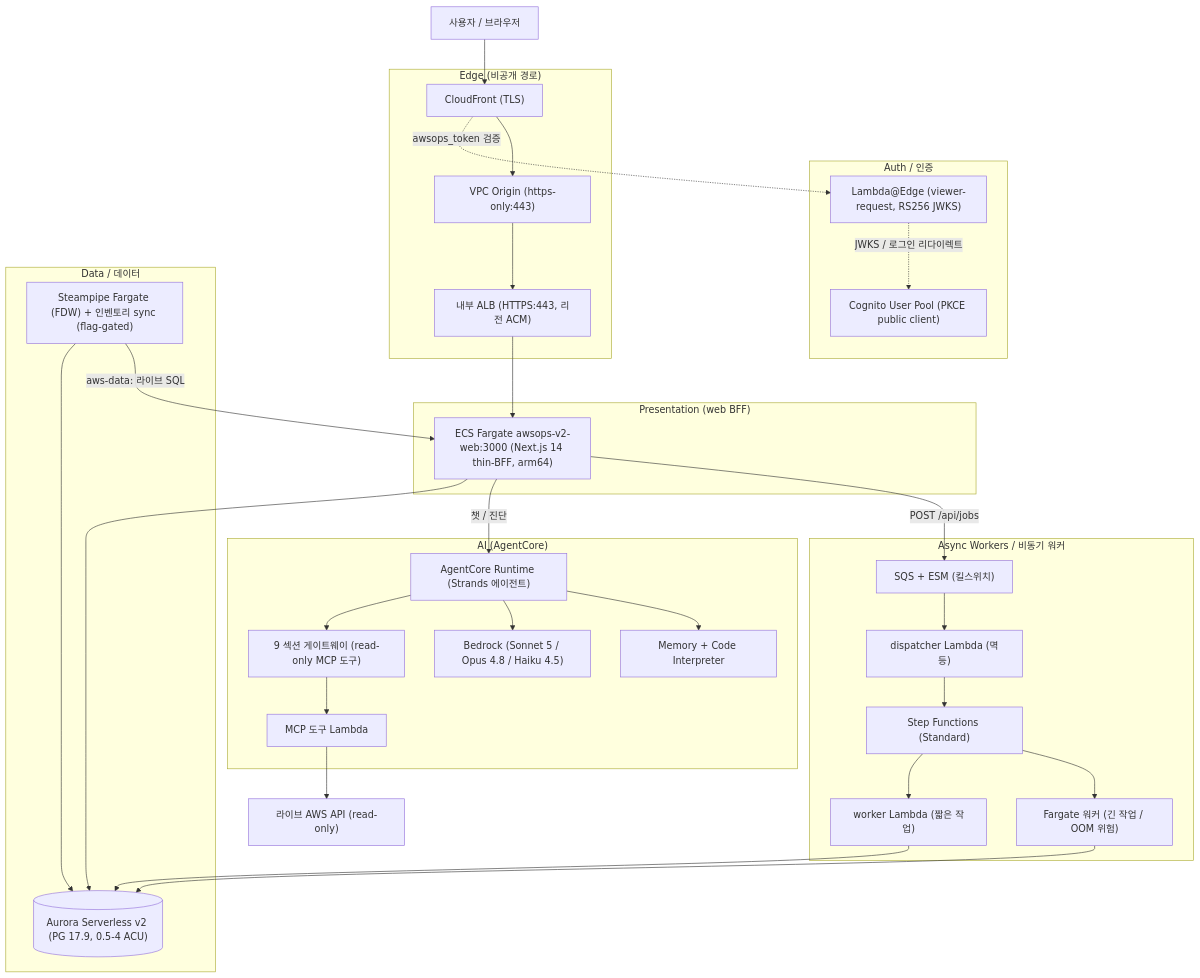
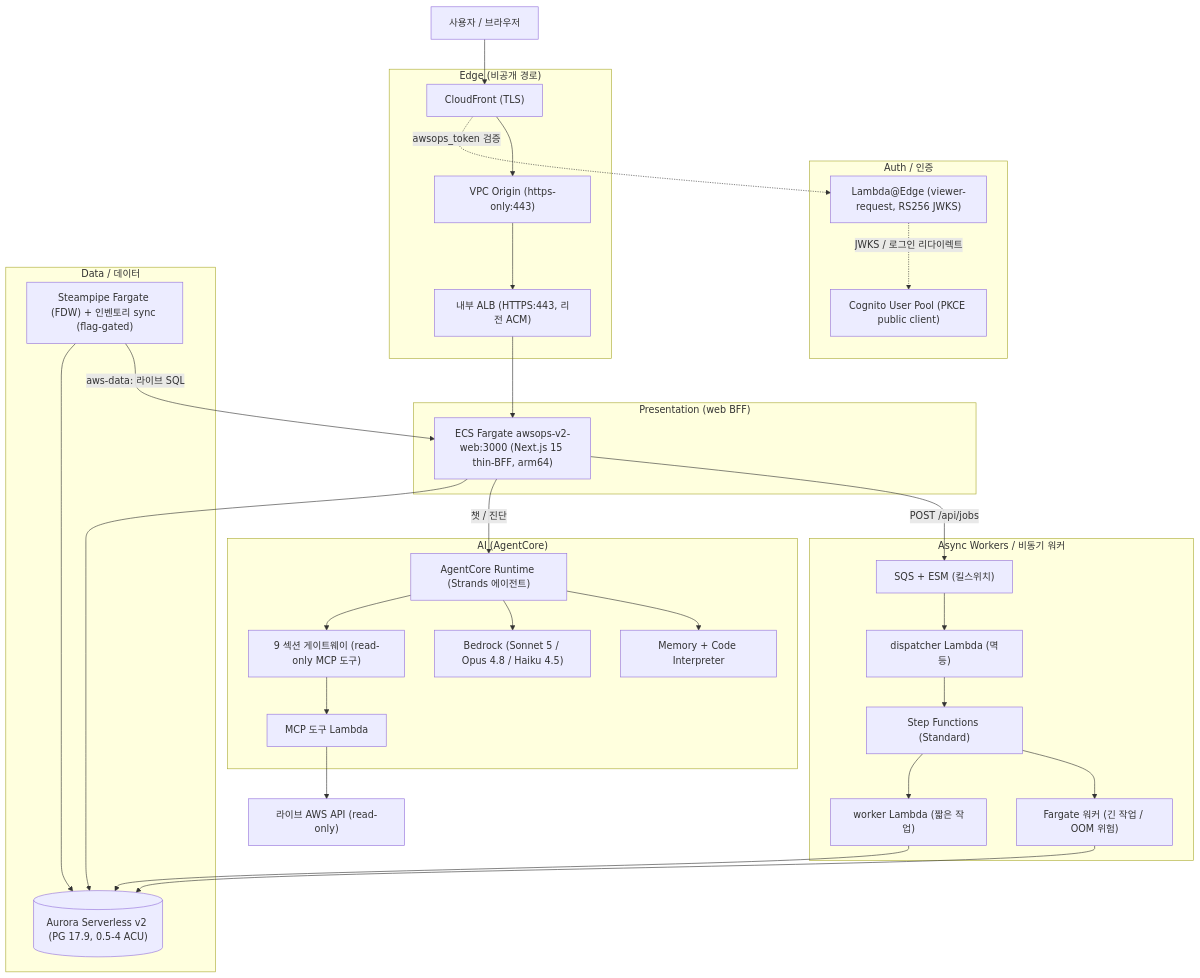
Before and after one commit to aws-samples/sample-awsops: the third of 4 diagrams in docs/architecture.md, drawn with Mermaid. The commit also changed other lines of this file and 8 other files, not shown here.

````diff
--- a/docs/architecture.md
+++ b/docs/architecture.md
@@ -197,65 +197,65 @@
 ```mermaid
 flowchart TB
   U["사용자 / 브라우저"]
 
   subgraph AUTH["Auth / 인증"]
     LE["Lambda@Edge (viewer-request, RS256 JWKS)"]
     COG["Cognito User Pool (PKCE public client)"]
   end
 
   subgraph EDGE["Edge (비공개 경로)"]
     CF["CloudFront (TLS)"]
     VO["VPC Origin (https-only:443)"]
     ALB["내부 ALB (HTTPS:443, 리전 ACM)"]
   end
 
   subgraph WEB["Presentation (web BFF)"]
-    W["ECS Fargate awsops-v2-web:3000 (Next.js 14 thin-BFF, arm64)"]
+    W["ECS Fargate awsops-v2-web:3000 (Next.js 15 thin-BFF, arm64)"]
   end
 
   subgraph DATA["Data / 데이터"]
     AUR[("Aurora Serverless v2 (PG 17.9, 0.5-4 ACU)")]
     SP["Steampipe Fargate (FDW) + 인벤토리 sync (flag-gated)"]
   end
 
   subgraph AI["AI (AgentCore)"]
     RT["AgentCore Runtime (Strands 에이전트)"]
     GW["9 섹션 게이트웨이 (read-only MCP 도구)"]
     MCP["MCP 도구 Lambda"]
     MEM["Memory + Code Interpreter"]
     BR["Bedrock (Sonnet 5 / Opus 4.8 / Haiku 4.5)"]
   end
 
   subgraph WK["Async Workers / 비동기 워커"]
     SQS["SQS + ESM (킬스위치)"]
     DSP["dispatcher Lambda (멱등)"]
     SFN["Step Functions (Standard)"]
     WL["worker Lambda (짧은 작업)"]
     WF["Fargate 워커 (긴 작업 / OOM 위험)"]
   end
 
   AWSAPI["라이브 AWS API (read-only)"]
 
   U --> CF
   CF -. "awsops_token 검증" .-> LE
   LE -. "JWKS / 로그인 리다이렉트" .-> COG
   CF --> VO
   VO --> ALB
   ALB --> W
   W --> AUR
   W -->|"챗 / 진단"| RT
   RT --> GW
   GW --> MCP
   MCP --> AWSAPI
   RT --> BR
   RT --> MEM
   W -->|"POST /api/jobs"| SQS
   SQS --> DSP
   DSP --> SFN
   SFN --> WL
   SFN --> WF
   WL --> AUR
   WF --> AUR
   SP --> AUR
   SP -->|"aws-data: 라이브 SQL"| W
 ```
````
